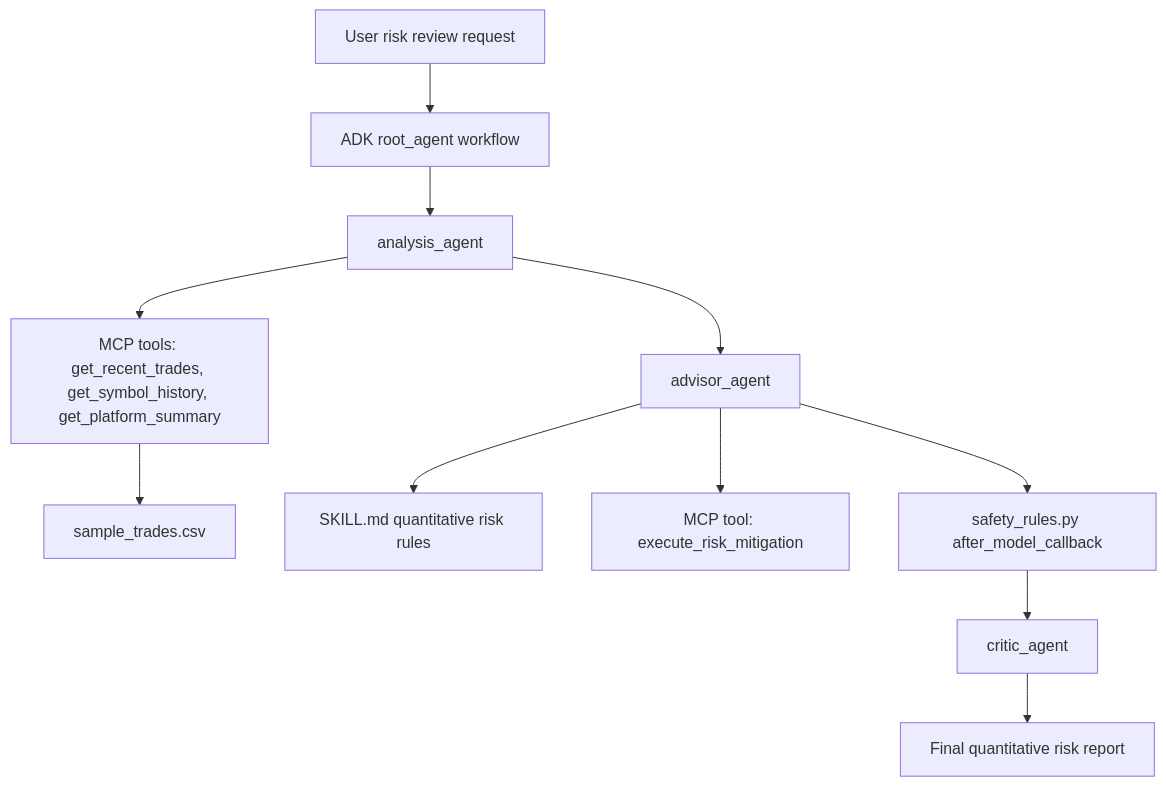
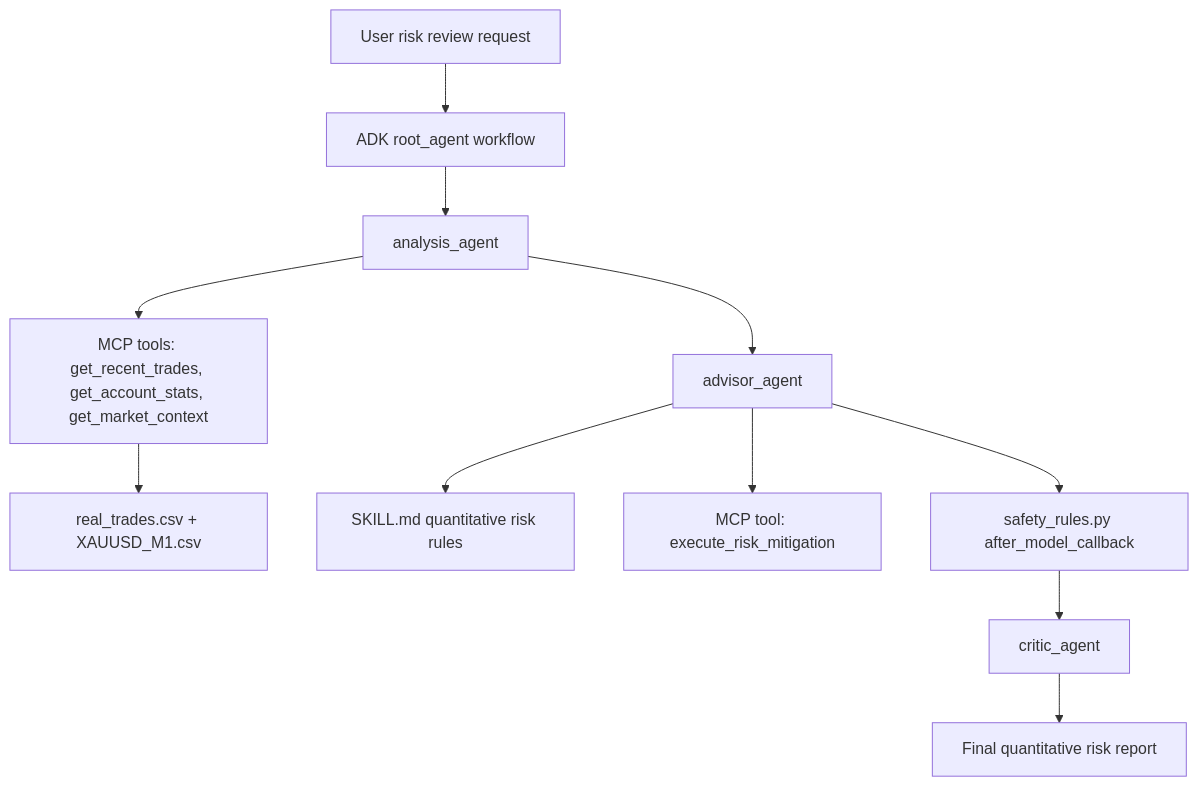
One commit to simom1/Trading-Risk-Coach changed the diagram in README.md. Above: the diagram before and after it, drawn with Mermaid. The commit also changed other lines of this file and 8 other files, not shown here.

Commit message:
Align Kaggle writeup with anonymized real data

````diff
--- a/README.md
+++ b/README.md
@@ -24,13 +24,13 @@
 ```mermaid
 graph TD
     User[User risk review request] --> Root[ADK root_agent workflow]
     Root --> Analysis[analysis_agent]
-    Analysis --> MCPRead[MCP tools: get_recent_trades, get_symbol_history, get_platform_summary]
-    MCPRead --> CSV[sample_trades.csv]
+    Analysis --> MCPRead[MCP tools: get_recent_trades, get_account_stats, get_market_context]
+    MCPRead --> Data[real_trades.csv + XAUUSD_M1.csv]
     Analysis --> Advisor[advisor_agent]
     Advisor --> Skill[SKILL.md quantitative risk rules]
     Advisor --> MCPWrite[MCP tool: execute_risk_mitigation]
     Advisor --> Guardrail[safety_rules.py after_model_callback]
     Guardrail --> Critic[critic_agent]
     Critic --> Report[Final quantitative risk report]
 ```
````
